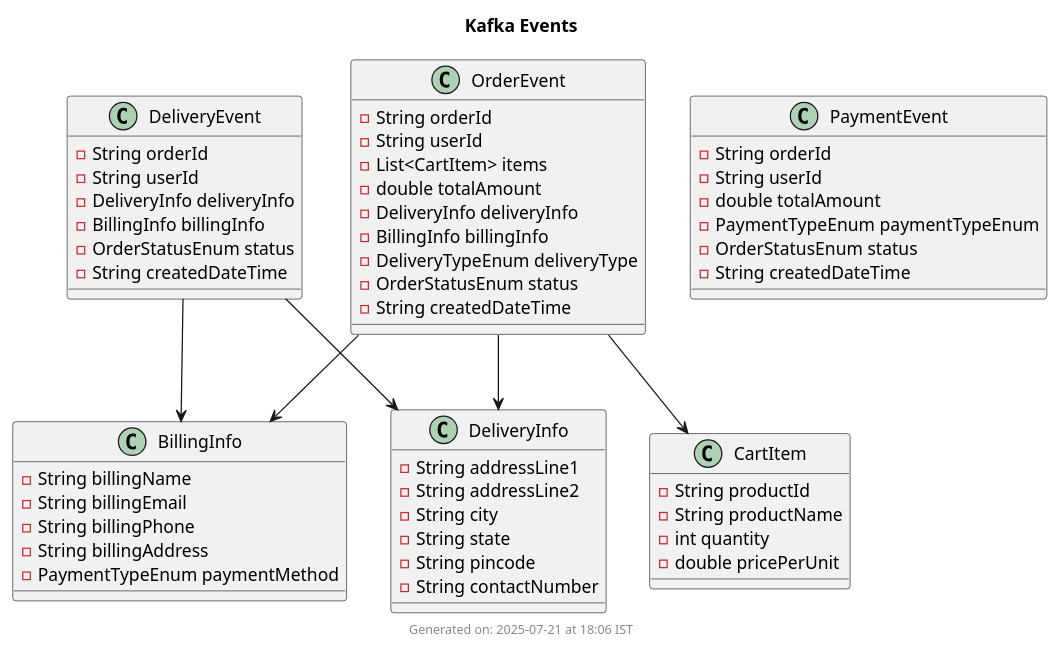
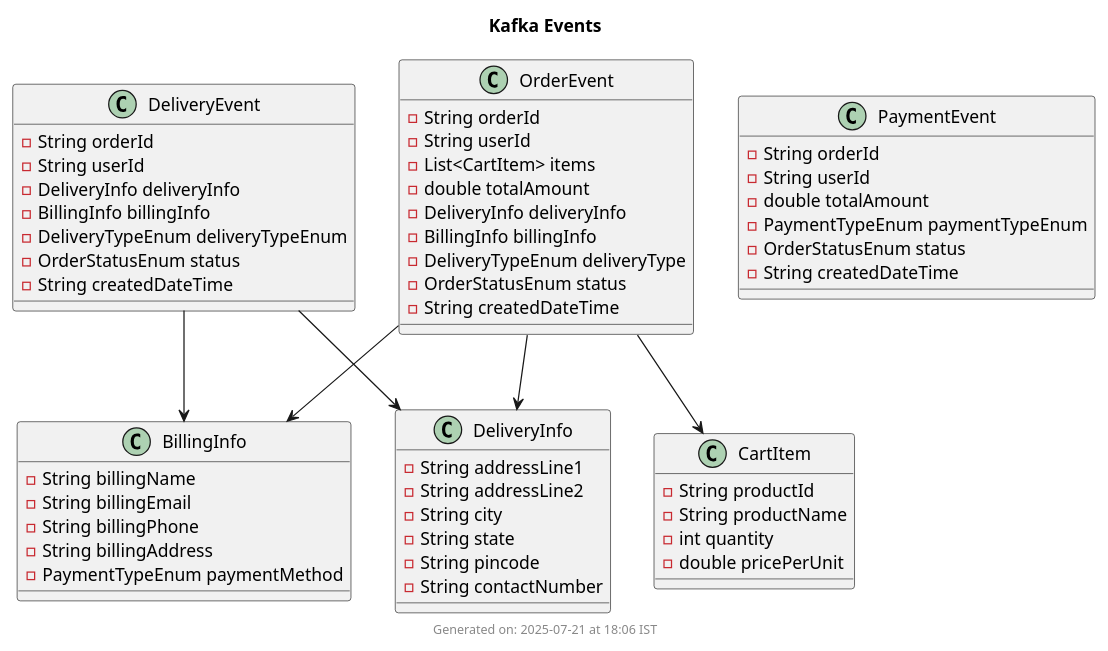
One commit to naveenkumar773747/ecommerce-common-lib changed the diagram in src/main/java/com/ecommerce/shared/puml/KafkaEvents.puml. Above: the diagram before and after it, drawn with PlantUML. The commit also changed 2 other files, not shown here.

Commit message:
updated delivery event to include DeliveryType

```diff
--- a/src/main/java/com/ecommerce/shared/puml/KafkaEvents.puml
+++ b/src/main/java/com/ecommerce/shared/puml/KafkaEvents.puml
@@ -1,69 +1,70 @@
 @startuml
 
 title Kafka Events
 
 footer Generated on: 2025-07-21 at 18:06 IST
 
 class OrderEvent {
     -  String orderId
     -  String userId
     -  List<CartItem> items
     -  double totalAmount
     -  DeliveryInfo deliveryInfo
     -  BillingInfo billingInfo
     -  DeliveryTypeEnum deliveryType
     -  OrderStatusEnum status
     -  String createdDateTime
 }
 
 class DeliveryEvent {
     -  String orderId
     -  String userId
     -  DeliveryInfo deliveryInfo
     -  BillingInfo billingInfo
+    -  DeliveryTypeEnum deliveryTypeEnum
     -  OrderStatusEnum status
     -  String createdDateTime
 }
 
 class PaymentEvent {
     -  String orderId
     -  String userId
     -  double totalAmount
     -  PaymentTypeEnum paymentTypeEnum
     -  OrderStatusEnum status
     -  String createdDateTime
 }
 
 class DeliveryInfo {
   - String addressLine1
   - String addressLine2
   - String city
   - String state
   - String pincode
   - String contactNumber
 }
 
 class BillingInfo {
   - String billingName
   - String billingEmail
   - String billingPhone
   - String billingAddress
   - PaymentTypeEnum paymentMethod
 }
 
 class CartItem {
   - String productId
   - String productName
   - int quantity
   - double pricePerUnit
 }
 
 OrderEvent --> DeliveryInfo
 OrderEvent --> BillingInfo
 OrderEvent --> CartItem
 DeliveryEvent --> DeliveryInfo
 DeliveryEvent --> BillingInfo
 
 
 
 @enduml
```
